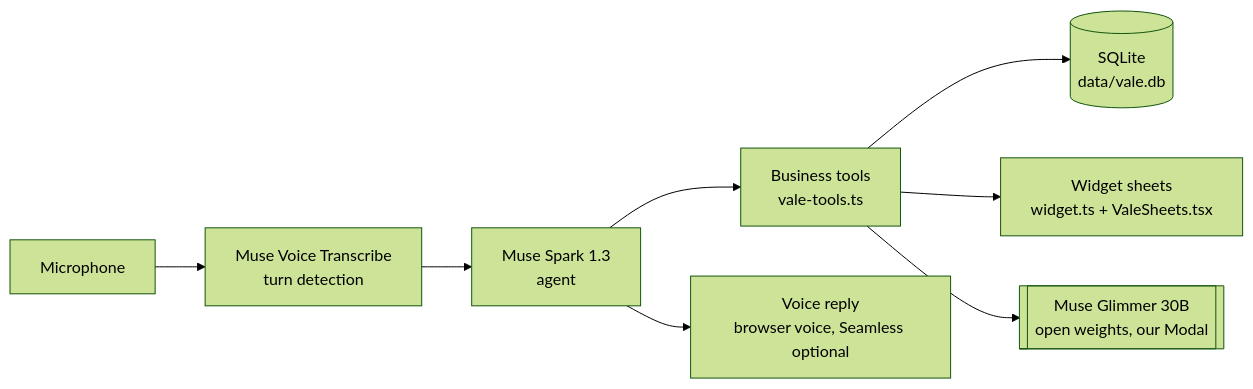
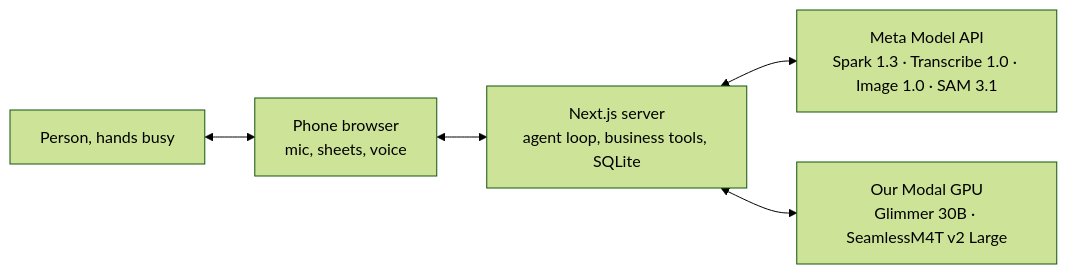
The diagram in docs/architecture.md (danielmartinezsarta/vale-meta-hackathon), drawn with Mermaid (forest theme) before and after one commit. The commit also changed other lines of this file, not shown here.

Commit message:
Rewrite architecture with system diagram and code map

````diff
--- a/docs/architecture.md
+++ b/docs/architecture.md
@@ -5,10 +5,7 @@
 ```mermaid
 flowchart LR
-    mic[Microphone] --> asr[Muse Voice Transcribe<br/>turn detection]
-    asr --> agent[Muse Spark 1.3<br/>agent]
-    agent --> tools[Business tools<br/>vale-tools.ts]
-    tools --> db[(SQLite<br/>data/vale.db)]
-    tools --> sheets[Widget sheets<br/>widget.ts + ValeSheets.tsx]
-    agent --> reply[Voice reply<br/>browser voice, Seamless optional]
-    tools --> glimmer[[Muse Glimmer 30B<br/>open weights, our Modal]]
+    person[Person, hands busy] <--> phone[Phone browser<br/>mic, sheets, voice]
+    phone <--> server[Next.js server<br/>agent loop, business tools, SQLite]
+    server <--> cloud[Meta Model API<br/>Spark 1.3 · Transcribe 1.0 · Image 1.0 · SAM 3.1]
+    server <--> modal[Our Modal GPU<br/>Glimmer 30B · SeamlessM4T v2 Large]
 ```
````
